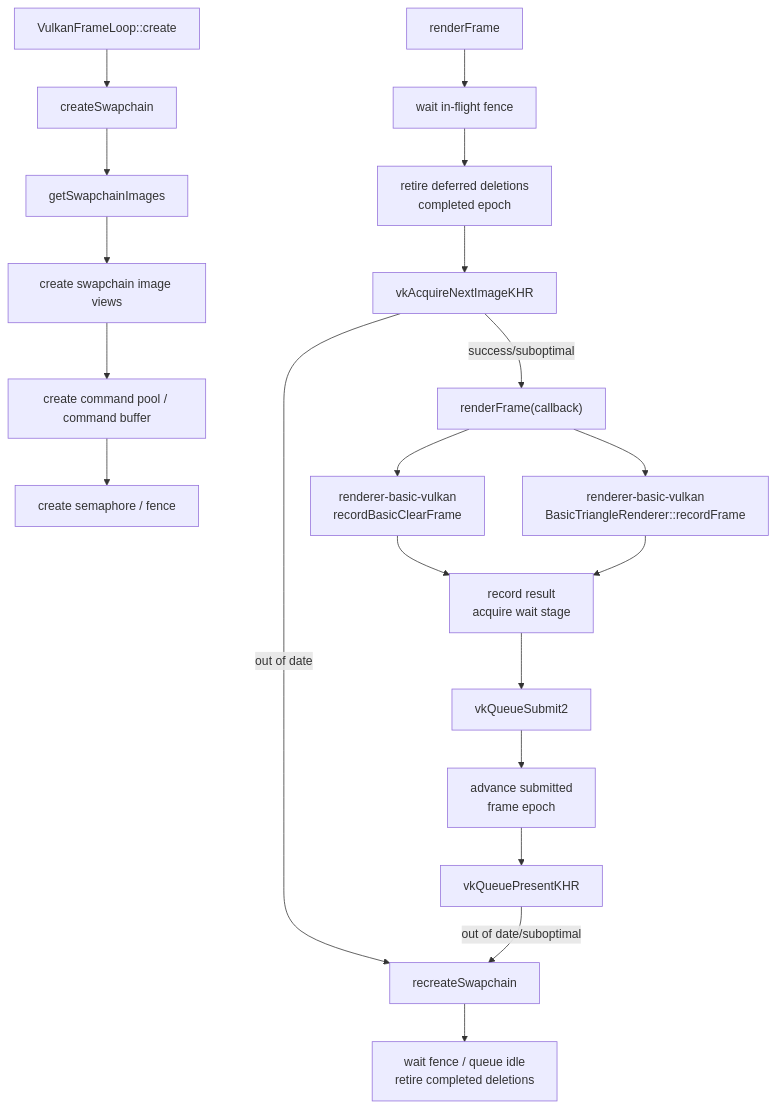
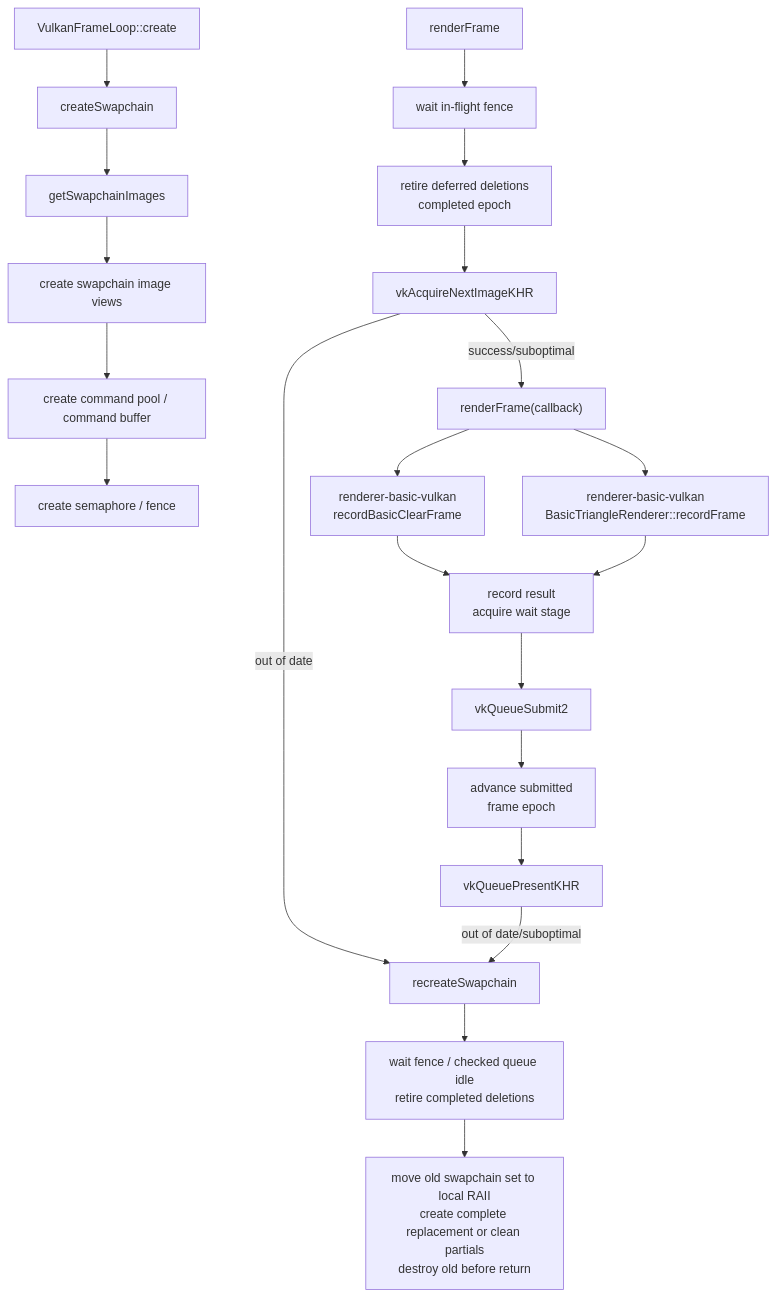
Before and after one commit to 66six11/Engine: the eighth of 17 diagrams in docs/architecture/flow.md, drawn with Mermaid. The commit also changed other lines of this file and 7 other files, not shown here.

````diff
--- a/docs/architecture/flow.md
+++ b/docs/architecture/flow.md
@@ -706,29 +720,30 @@
 ```mermaid
 flowchart TD
     Create["VulkanFrameLoop::create"]
     Swapchain["createSwapchain"]
     Images["getSwapchainImages"]
     Views["create swapchain image views"]
     Cmd["create command pool / command buffer"]
     Sync["create semaphore / fence"]
     Render["renderFrame"]
     Wait["wait in-flight fence"]
     Retire["retire deferred deletions<br/>completed epoch"]
     Acquire["vkAcquireNextImageKHR"]
     Record["renderFrame(callback)"]
     GraphClear["renderer-basic-vulkan<br/>recordBasicClearFrame"]
     Triangle["renderer-basic-vulkan<br/>BasicTriangleRenderer::recordFrame"]
     WaitStage["record result<br/>acquire wait stage"]
     Submit["vkQueueSubmit2"]
     AdvanceEpoch["advance submitted<br/>frame epoch"]
     Present["vkQueuePresentKHR"]
     Recreate["recreateSwapchain"]
-    RecreateRetire["wait fence / queue idle<br/>retire completed deletions"]
+    RecreateRetire["wait fence / checked queue idle<br/>retire completed deletions"]
+    RecreateLocal["move old swapchain set to local RAII<br/>create complete replacement or clean partials<br/>destroy old before return"]
 
     Create --> Swapchain --> Images --> Views --> Cmd --> Sync
     Render --> Wait --> Retire --> Acquire
     Acquire -->|success/suboptimal| Record --> GraphClear --> WaitStage --> Submit --> AdvanceEpoch --> Present
     Record --> Triangle --> WaitStage
-    Acquire -->|out of date| Recreate --> RecreateRetire
+    Acquire -->|out of date| Recreate --> RecreateRetire --> RecreateLocal
     Present -->|out of date/suboptimal| Recreate
 ```
````
